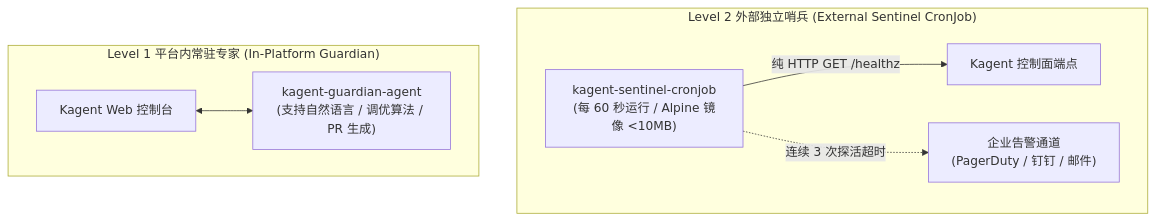
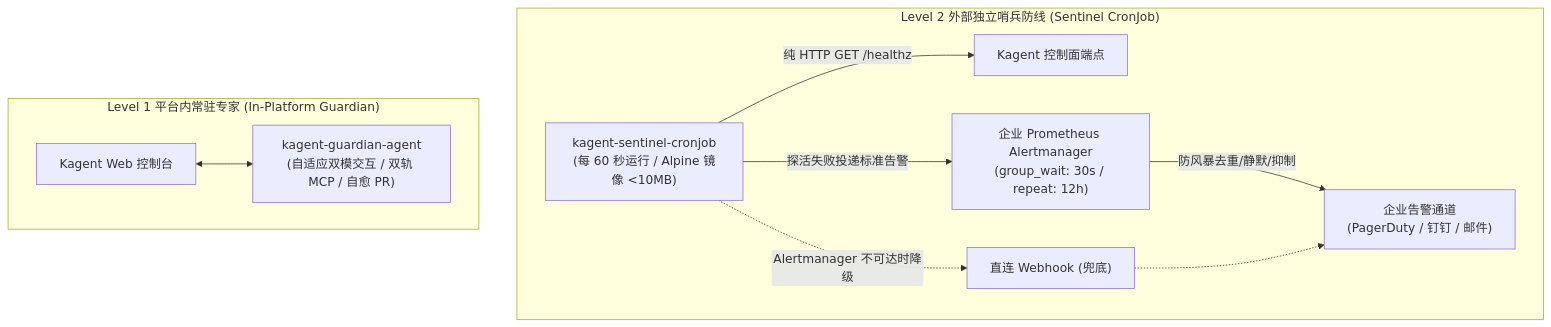
One commit to SDB-DevOps/KagentGuardian changed the third of 4 diagrams in docs/design/03-OPERATIONS_GUARDIAN_LOW_LEVEL_DESIGN.md. Above: the diagram before and after it, drawn with Mermaid. The commit also changed other lines of this file and 2 other files, not shown here.

````diff
--- a/docs/design/03-OPERATIONS_GUARDIAN_LOW_LEVEL_DESIGN.md
+++ b/docs/design/03-OPERATIONS_GUARDIAN_LOW_LEVEL_DESIGN.md
@@ -243,15 +278,20 @@
 ```mermaid
 graph TB
-    subgraph L2_External["Level 2 外部独立哨兵 (External Sentinel CronJob)"]
+    subgraph L2_External["Level 2 外部独立哨兵防线 (Sentinel CronJob)"]
         Cron["kagent-sentinel-cronjob<br>(每 60 秒运行 / Alpine 镜像 <10MB)"]
+        Alertmanager["企业 Prometheus Alertmanager<br>(group_wait: 30s / repeat: 12h)"]
         PagerDuty["企业告警通道<br>(PagerDuty / 钉钉 / 邮件)"]
+        
         Cron -->|纯 HTTP GET /healthz| ControllerAPI["Kagent 控制面端点"]
-        Cron -.->|连续 3 次探活超时| PagerDuty
+        Cron -->|探活失败投递标准告警| Alertmanager
+        Alertmanager -->|防风暴去重/静默/抑制| PagerDuty
+        Cron -.->|Alertmanager 不可达时降级| DirectWebhook["直连 Webhook (兜底)"]
+        DirectWebhook -.-> PagerDuty
     end
 
     subgraph L1_Internal["Level 1 平台内常驻专家 (In-Platform Guardian)"]
-        Guardian["kagent-guardian-agent<br>(支持自然语言 / 调优算法 / PR 生成)"]
+        Guardian["kagent-guardian-agent<br>(自适应双模交互 / 双轨 MCP / 自愈 PR)"]
         WebUI["Kagent Web 控制台"]
         WebUI <--> Guardian
     end
 ```
````
